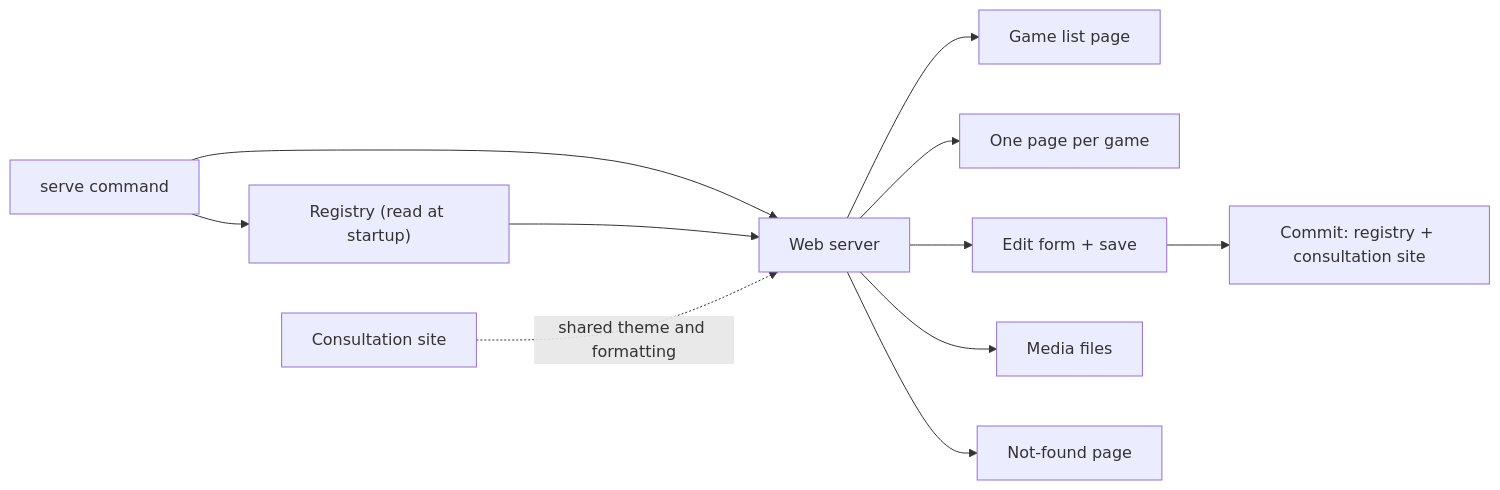
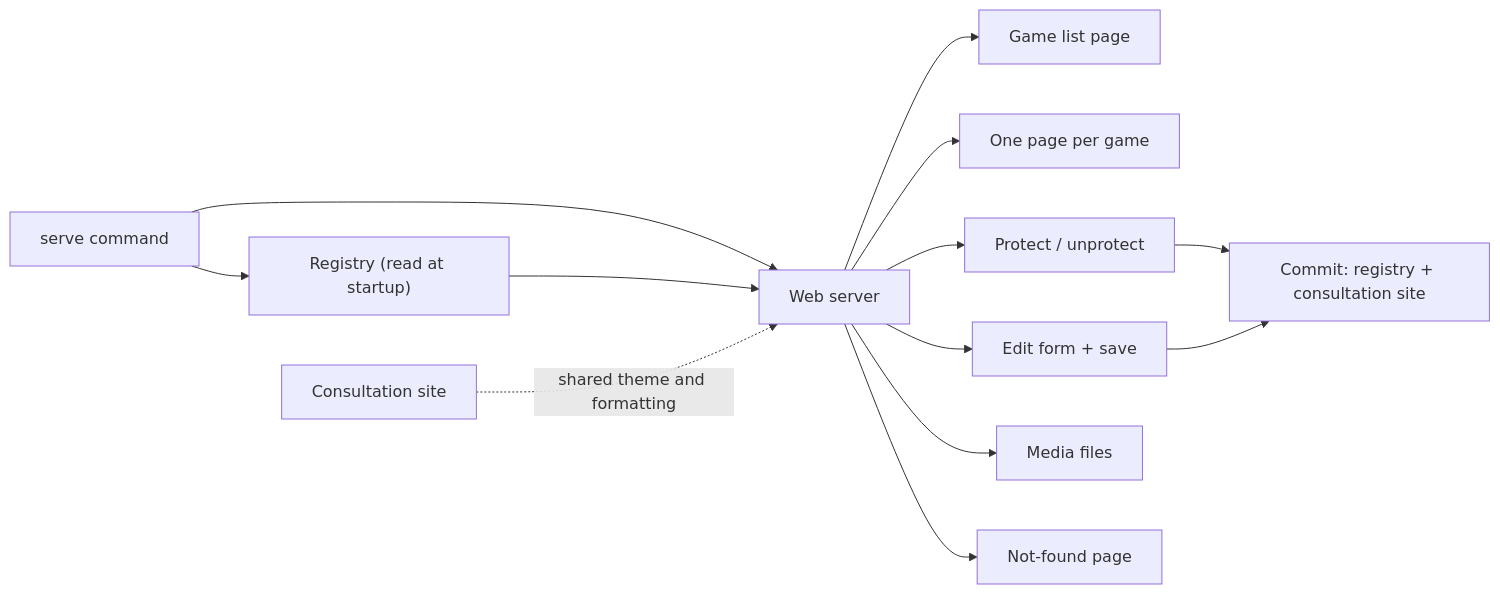
Before and after one commit to neolao/batocera-scrap-manager: the diagram in docs/architecture.md, drawn with Mermaid. The commit also changed other lines of this file and 20 other files, not shown here.

````diff
--- a/docs/architecture.md
+++ b/docs/architecture.md
@@ -56,13 +56,15 @@
 ```mermaid
 flowchart LR
   CLI["serve command"] --> REG["Registry (read at startup)"]
   CLI --> SRV["Web server"]
   REG --> SRV
   SRV --> LIST["Game list page"]
   SRV --> GAME["One page per game"]
   SRV --> EDIT["Edit form + save"]
+  SRV --> PROT["Protect / unprotect"]
+  PROT --> COMMIT
   SRV --> MEDIA["Media files"]
   SRV --> NF["Not-found page"]
   EDIT --> COMMIT["Commit: registry + consultation site"]
   SITE["Consultation site"] -. shared theme and formatting .-> SRV
 ```
````
